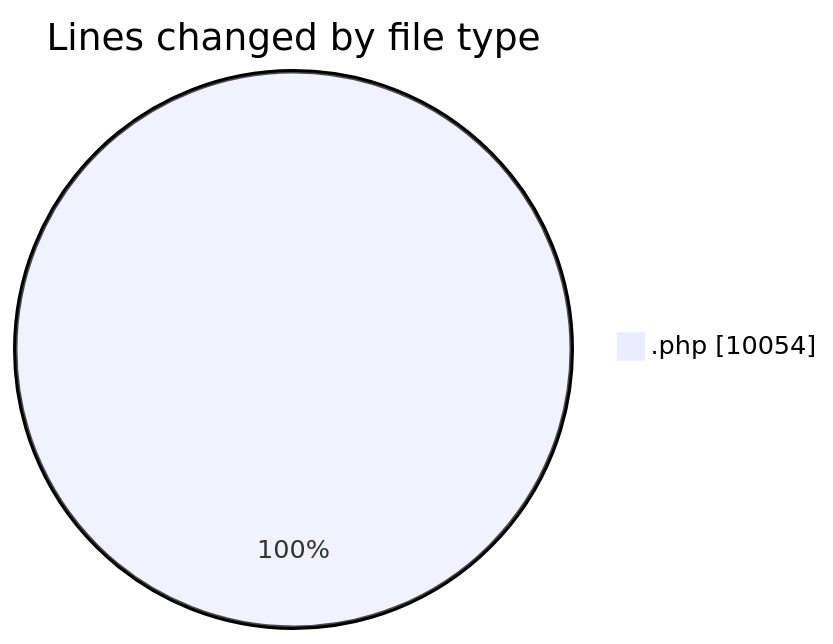
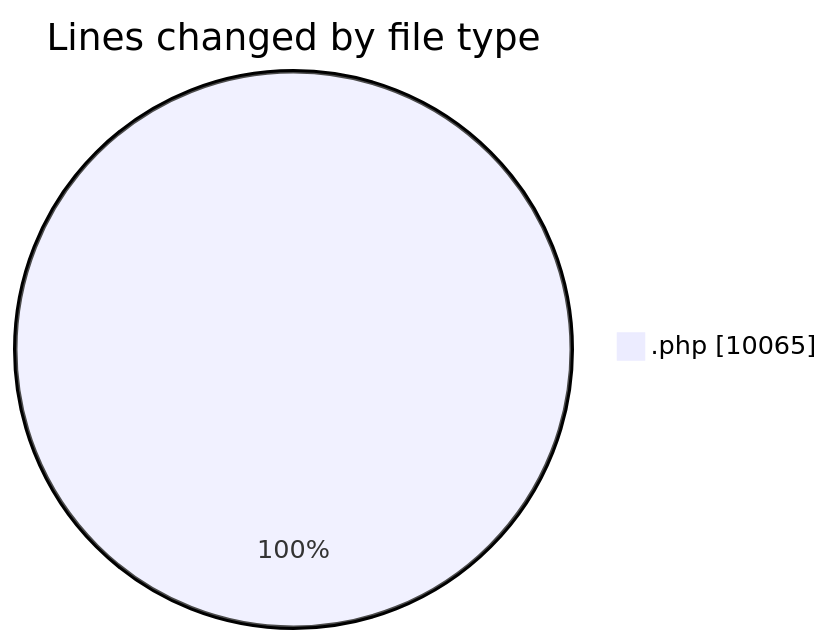
Before and after one commit to vahidmafi/code-tracking: the first of 2 diagrams in 2025-10-04/shop/README.md, drawn with Mermaid. The commit also changed other lines of this file and 1 other file, not shown here.

````diff
--- a/2025-10-04/shop/README.md
+++ b/2025-10-04/shop/README.md
@@ -37,5 +37,5 @@
 ```mermaid
 pie showData
 title Lines changed by file type
-".php" : 10054
+".php" : 10065
 ```
````
